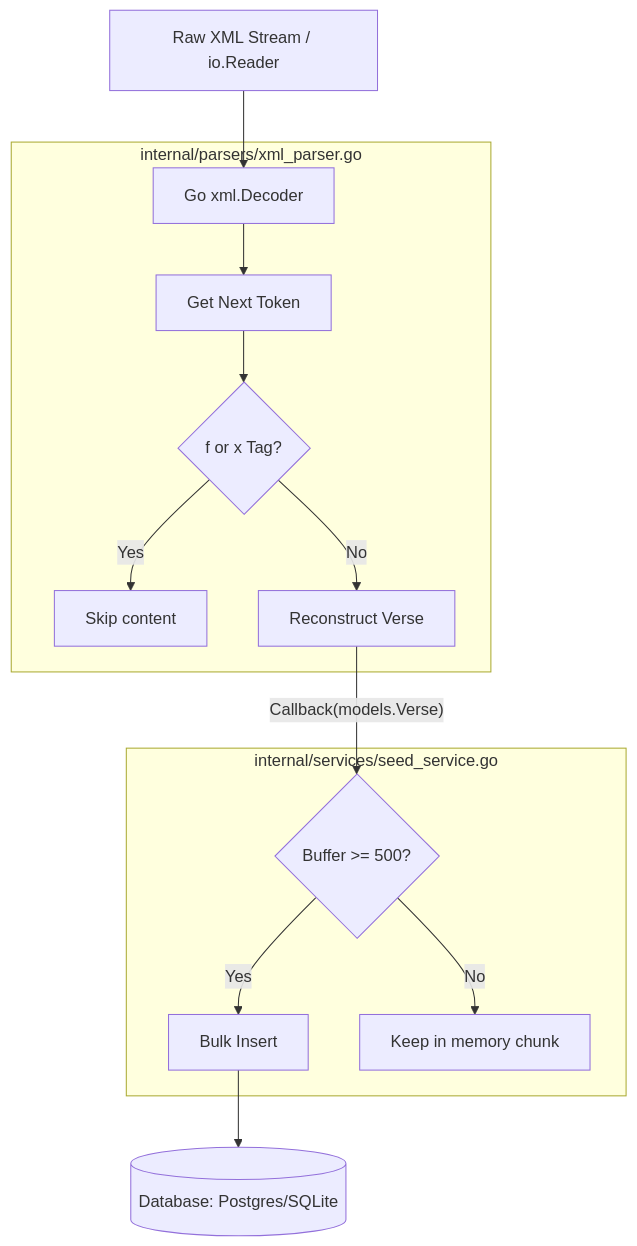
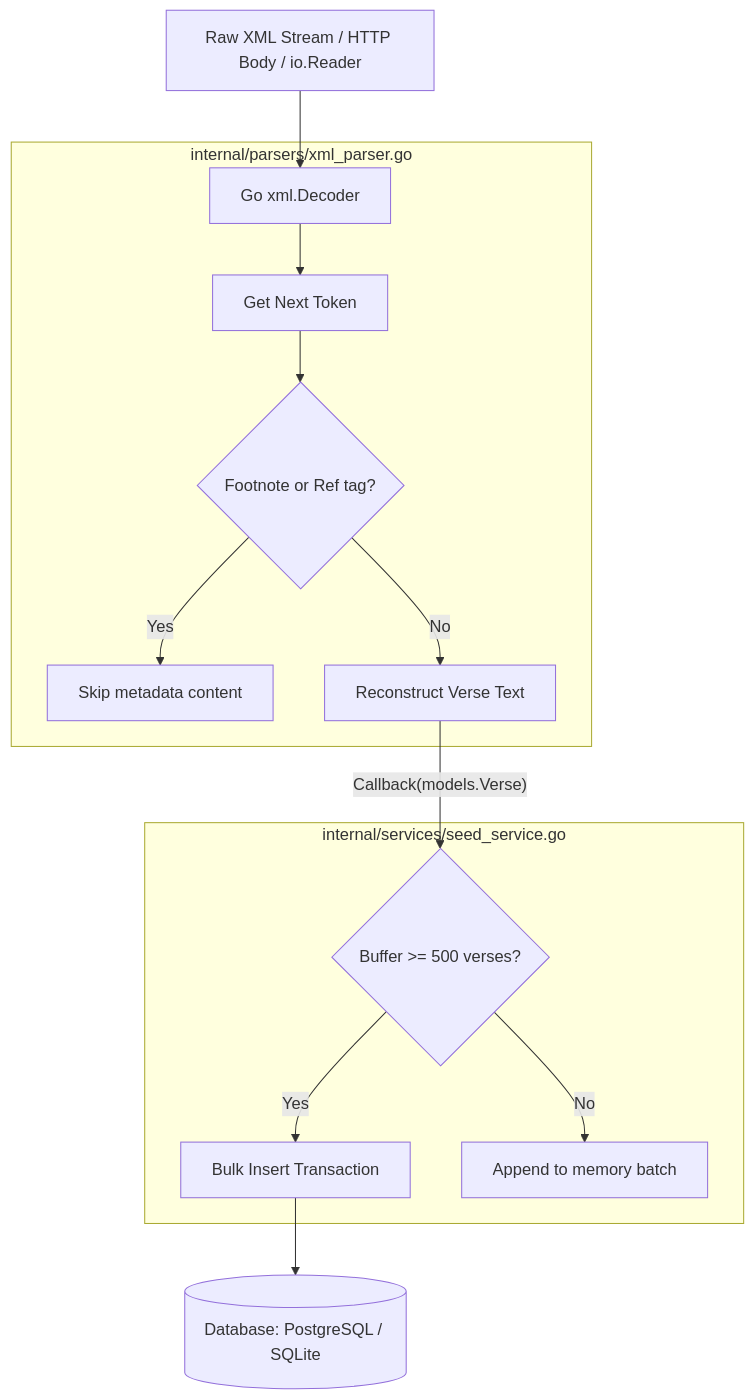
One commit to mvirtai/clible-v3-go changed the second of 2 diagrams in docs/guide/import-and-seeding.md. Above: the diagram before and after it, drawn with Mermaid. The commit also changed other lines of this file and 15 other files, not shown here.

````diff
--- a/docs/guide/import-and-seeding.md
+++ b/docs/guide/import-and-seeding.md
@@ -19,19 +48,19 @@
 ```mermaid
 graph TD
-    File[Raw XML Stream / io.Reader] --> Dec[Go xml.Decoder]
+    Stream[Raw XML Stream / HTTP Body / io.Reader] --> Dec[Go xml.Decoder]
     
     subgraph XML Parser [internal/parsers/xml_parser.go]
         Dec --> Token[Get Next Token]
-        Token --> Filter{f or x Tag?}
-        Filter -- Yes --> Skip[Skip content]
-        Filter -- No --> Process[Reconstruct Verse]
+        Token --> Filter{Footnote or Ref tag?}
+        Filter -- Yes --> Skip[Skip metadata content]
+        Filter -- No --> Process[Reconstruct Verse Text]
     end
 
     subgraph Seed Service [internal/services/seed_service.go]
-        Process -- Callback(models.Verse) --> Buffer{Buffer >= 500?}
-        Buffer -- Yes --> Bulk[Bulk Insert]
-        Buffer -- No --> Accumulate[Keep in memory chunk]
+        Process -- Callback(models.Verse) --> Buffer{Buffer >= 500 verses?}
+        Buffer -- Yes --> Bulk[Bulk Insert Transaction]
+        Buffer -- No --> Accumulate[Append to memory batch]
     end
 
-    Bulk --> DB[(Database: Postgres/SQLite)]
+    Bulk --> DB[(Database: PostgreSQL / SQLite)]
 ```
````
